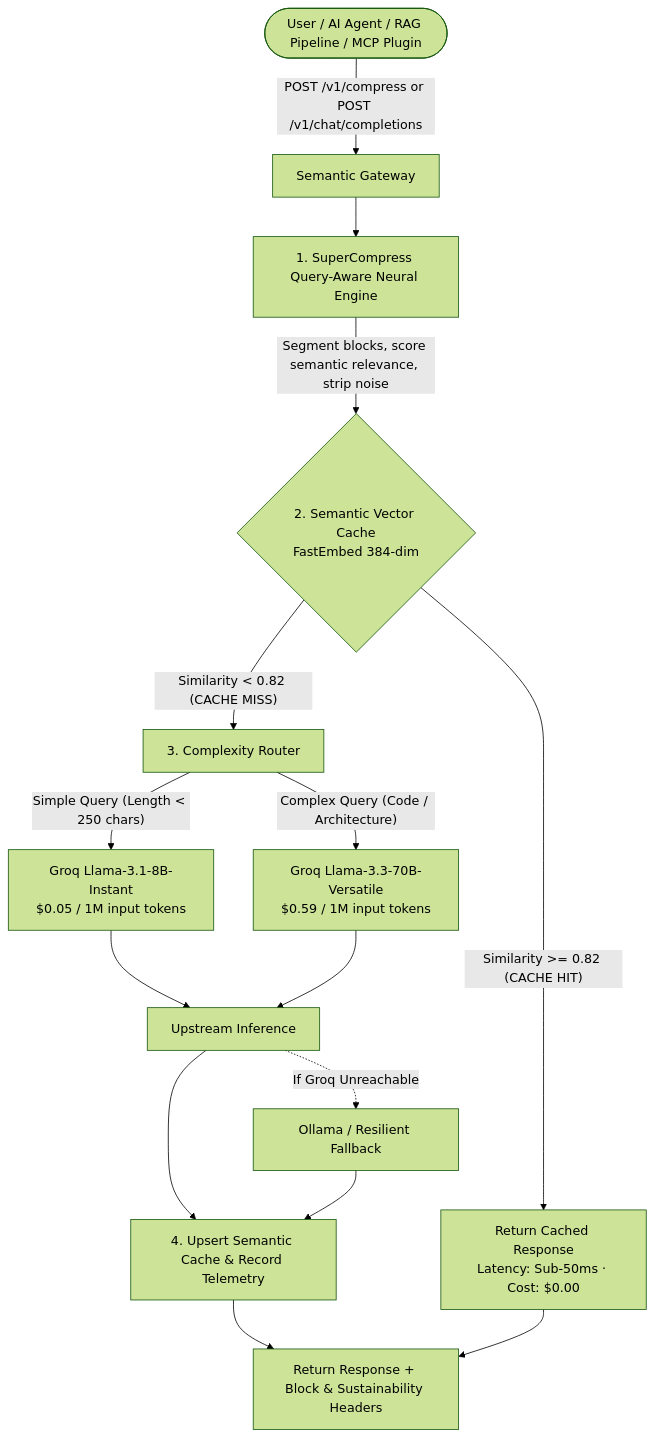
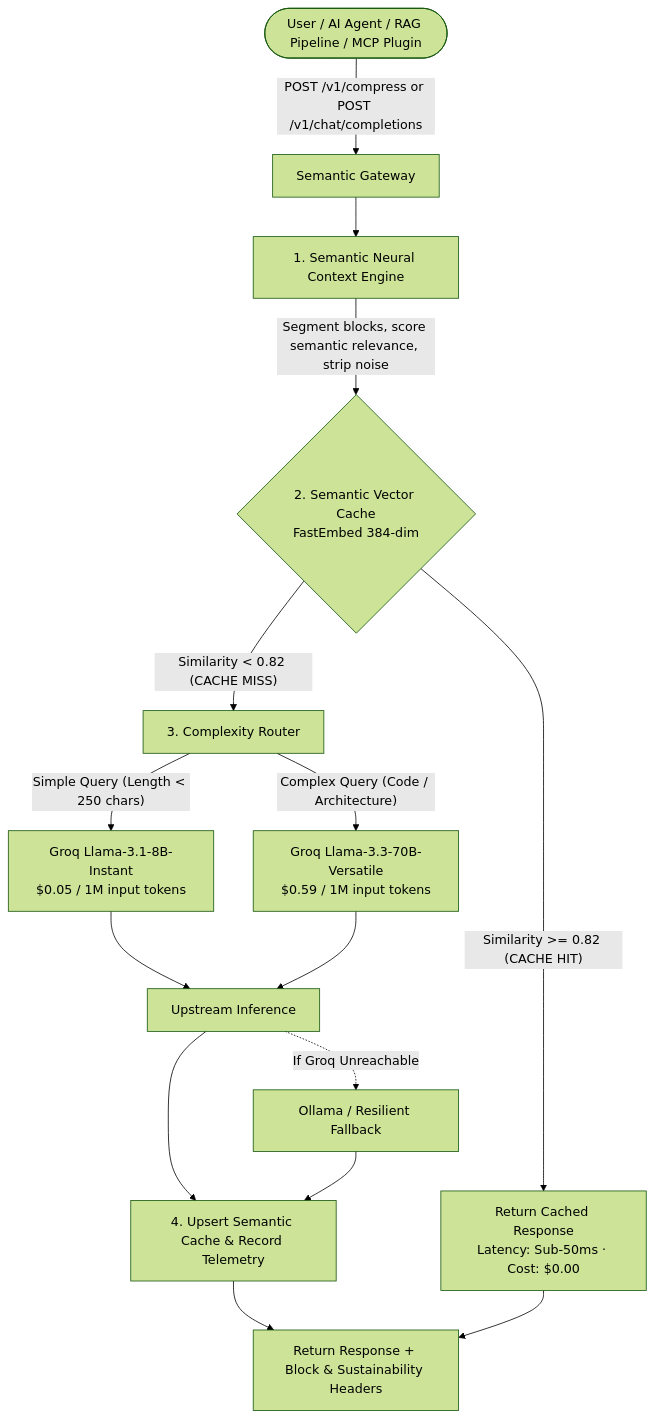
One commit to anothercodingguy/SemanticLLM changed the diagram in README.md. Above: the diagram before and after it, drawn with Mermaid (forest theme). The commit also changed other lines of this file and 13 other files, not shown here.

````diff
--- a/README.md
+++ b/README.md
@@ -16,25 +16,25 @@
 ```mermaid
 flowchart TD
     User(["User / AI Agent / RAG Pipeline / MCP Plugin"]) -->|"POST /v1/compress or POST /v1/chat/completions"| Gateway["Semantic Gateway"]
     
-    Gateway --> Compress["1. SuperCompress Query-Aware Neural Engine"]
+    Gateway --> Compress["1. Semantic Neural Context Engine"]
     Compress -->|"Segment blocks, score semantic relevance, strip noise"| CacheCheck{"2. Semantic Vector Cache<br/>FastEmbed 384-dim"}
     
     CacheCheck -->|"Similarity >= 0.82 (CACHE HIT)"| HitResp["Return Cached Response<br/>Latency: Sub-50ms · Cost: $0.00"]
     
     CacheCheck -->|"Similarity < 0.82 (CACHE MISS)"| Route["3. Complexity Router"]
     
     Route -->|"Simple Query (Length < 250 chars)"| M8B["Groq Llama-3.1-8B-Instant<br/>$0.05 / 1M input tokens"]
     Route -->|"Complex Query (Code / Architecture)"| M70B["Groq Llama-3.3-70B-Versatile<br/>$0.59 / 1M input tokens"]
     
     M8B --> Inference["Upstream Inference"]
     M70B --> Inference
     
     Inference -.->|"If Groq Unreachable"| Fallback["Ollama / Resilient Fallback"]
     
     Inference --> Store["4. Upsert Semantic Cache & Record Telemetry"]
     Fallback --> Store
     
     Store --> ClientResponse["Return Response + Block & Sustainability Headers"]
     HitResp --> ClientResponse
 ```
````
